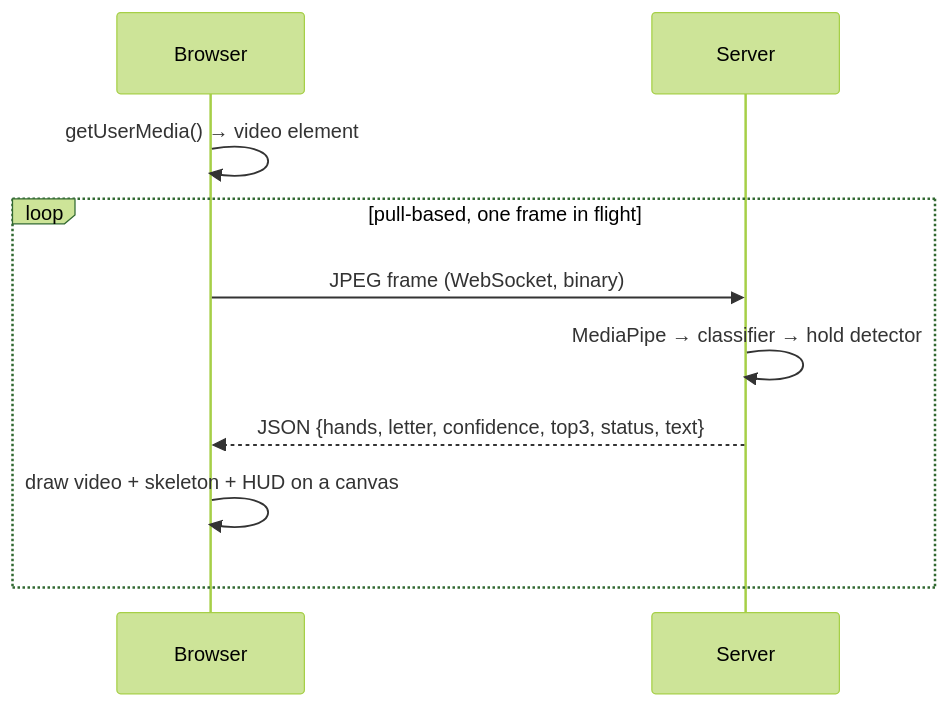
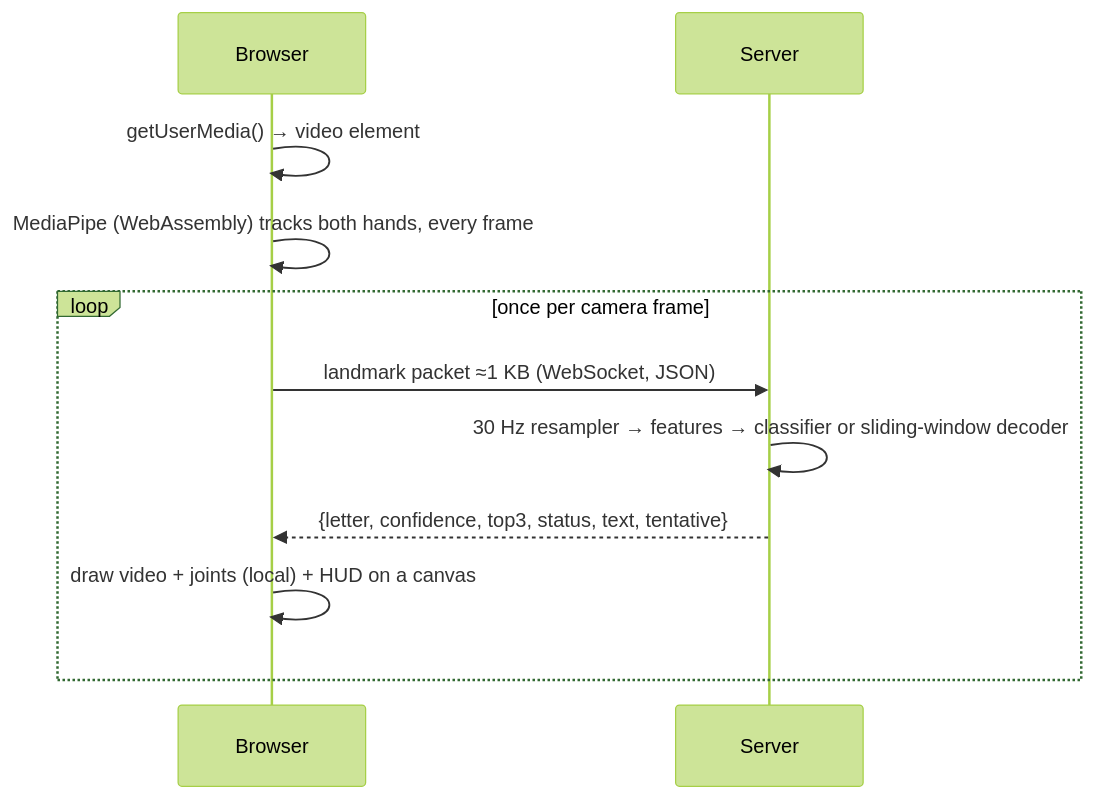
The second of 2 diagrams in docs-site/docs/architecture/overview.md (BarnabaBobbili/ISL-Fingerspelling), drawn with Mermaid (forest theme) before and after one commit. The commit also changed other lines of this file and 191 other files, not shown here.

````diff
--- a/docs-site/docs/architecture/overview.md
+++ b/docs-site/docs/architecture/overview.md
@@ -59,12 +59,13 @@
 ```mermaid
 sequenceDiagram
     participant B as Browser
     participant S as Server
     B->>B: getUserMedia() → video element
-    loop pull-based, one frame in flight
-        B->>S: JPEG frame (WebSocket, binary)
-        S->>S: MediaPipe → classifier → hold detector
-        S-->>B: JSON {hands, letter, confidence, top3, status, text}
-        B->>B: draw video + skeleton + HUD on a canvas
+    B->>B: MediaPipe (WebAssembly) tracks both hands, every frame
+    loop once per camera frame
+        B->>S: landmark packet ≈1 KB (WebSocket, JSON)
+        S->>S: 30 Hz resampler → features → classifier or sliding-window decoder
+        S-->>B: {letter, confidence, top3, status, text, tentative}
+        B->>B: draw video + joints (local) + HUD on a canvas
     end
 ```
````
